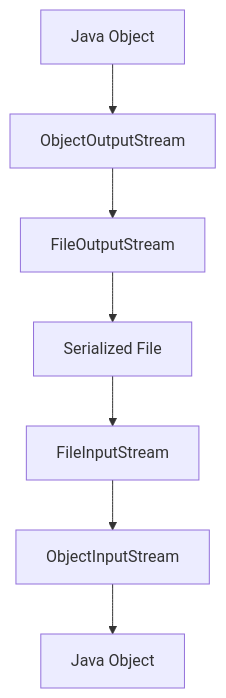
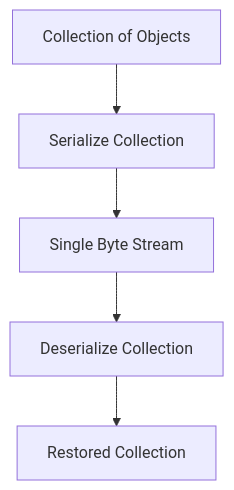
One commit to DanielCreggOrganization/w9-lab-serialization-nastaj changed the third of 6 diagrams in README.md. Above: the diagram before and after it, drawn with Mermaid. The commit also changed other lines of this file, not shown here.

````diff
--- a/README.md
+++ b/README.md
@@ -82,9 +185,7 @@
 ```mermaid
 graph TD
-    A[Java Object] --> B[ObjectOutputStream]
-    B --> C[FileOutputStream]
-    C --> D[Serialized File]
-    D --> E[FileInputStream]
-    E --> F[ObjectInputStream]
-    F --> G[Java Object]
+    A[Collection of Objects] --> B[Serialize Collection]
+    B --> C[Single Byte Stream]
+    C --> D[Deserialize Collection]
+    D --> E[Restored Collection]
 ```
````
